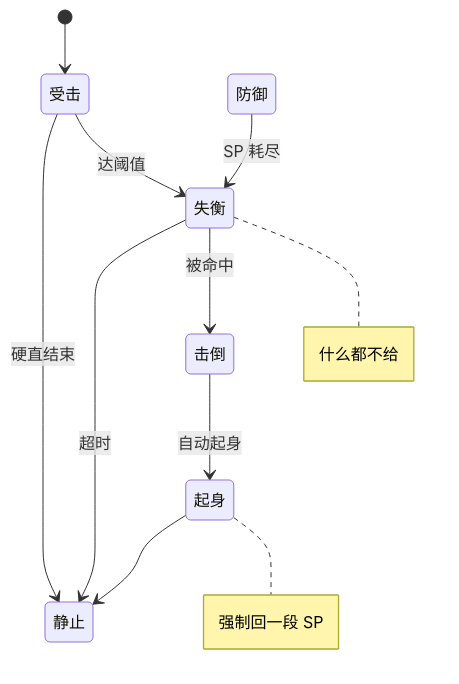
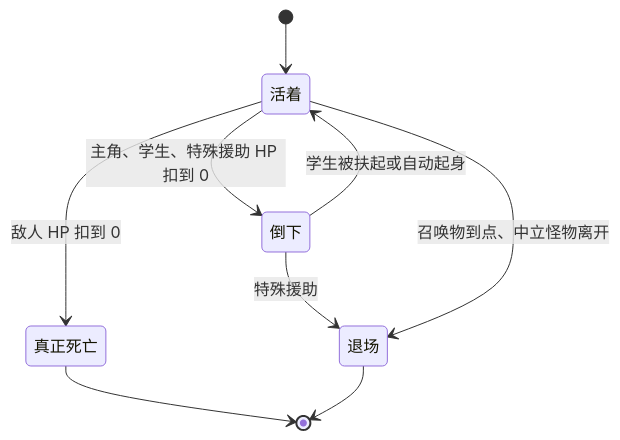
The diagram in design/角色动作状态系统.md (haohaoxuexiHAOHAO/Tinderhearth-The-Last-Class-Docs), drawn with Mermaid before and after one commit. The commit also changed other lines of this file and 21 other files, not shown here.

````diff
--- a/design/角色动作状态系统.md
+++ b/design/角色动作状态系统.md
@@ -130,17 +130,11 @@
 ```mermaid
 stateDiagram-v2
-    [*] --> 受击
-    受击 --> 静止: 硬直结束
-    受击 --> 失衡: 达阈值
-    防御 --> 失衡: SP 耗尽
-    失衡 --> 静止: 超时
-    失衡 --> 击倒: 被命中
-    击倒 --> 起身: 自动起身
-    起身 --> 静止
-    note right of 失衡
-        什么都不给
-    end note
-    note right of 起身
-        强制回一段 SP
-    end note
+    [*] --> 活着
+    活着 --> 倒下: 主角、学生、特殊援助 HP 扣到 0
+    活着 --> 真正死亡: 敌人 HP 扣到 0
+    倒下 --> 活着: 学生被扶起或自动起身
+    倒下 --> 退场: 特殊援助
+    活着 --> 退场: 召唤物到点、中立怪物离开
+    真正死亡 --> [*]
+    退场 --> [*]
 ```
````
